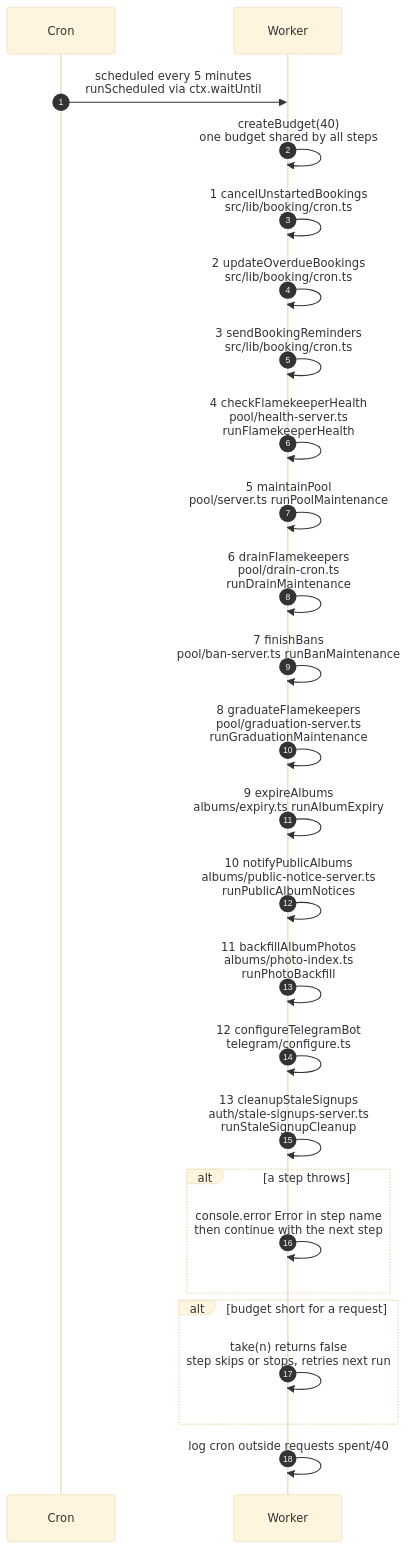
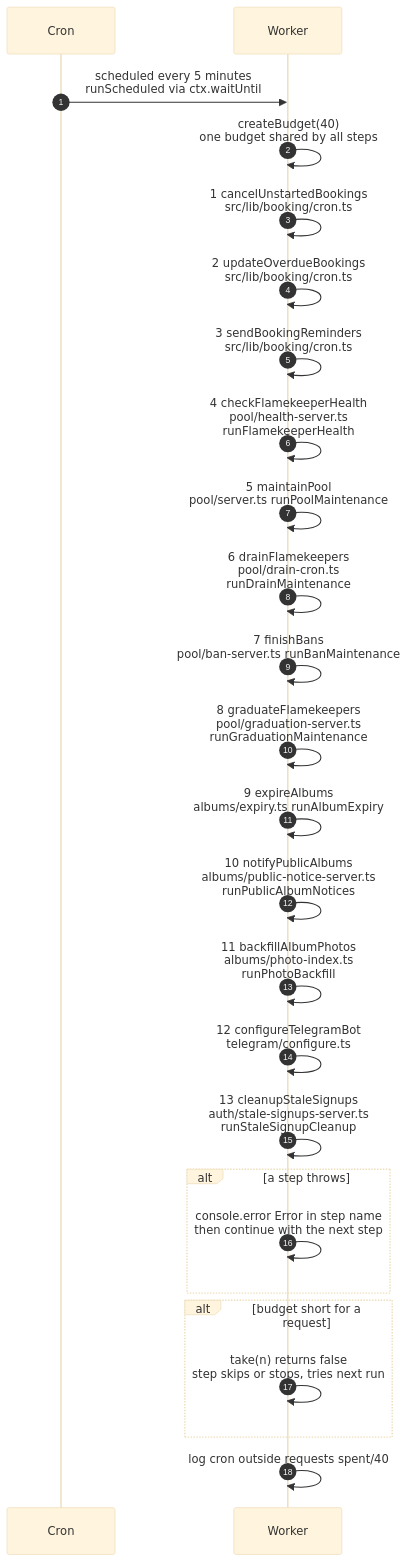
The diagram in docs/scenarios/cron/overview.md (sagyzdop/meriksirat), drawn with Mermaid (base theme) before and after one commit. The commit also changed other lines of this file and 3 other files, not shown here.

````diff
--- a/docs/scenarios/cron/overview.md
+++ b/docs/scenarios/cron/overview.md
@@ -16,28 +16,28 @@
 ```mermaid
 sequenceDiagram
     autonumber
     participant Cron as Cron
     participant Worker as Worker
     Cron->>Worker: scheduled every 5 minutes<br/>runScheduled via ctx.waitUntil
     Worker->>Worker: createBudget(40)<br/>one budget shared by all steps
     Worker->>Worker: 1 cancelUnstartedBookings<br/>src/lib/booking/cron.ts
     Worker->>Worker: 2 updateOverdueBookings<br/>src/lib/booking/cron.ts
     Worker->>Worker: 3 sendBookingReminders<br/>src/lib/booking/cron.ts
     Worker->>Worker: 4 checkFlamekeeperHealth<br/>pool/health-server.ts<br/>runFlamekeeperHealth
     Worker->>Worker: 5 maintainPool<br/>pool/server.ts runPoolMaintenance
     Worker->>Worker: 6 drainFlamekeepers<br/>pool/drain-cron.ts<br/>runDrainMaintenance
     Worker->>Worker: 7 finishBans<br/>pool/ban-server.ts runBanMaintenance
     Worker->>Worker: 8 graduateFlamekeepers<br/>pool/graduation-server.ts<br/>runGraduationMaintenance
     Worker->>Worker: 9 expireAlbums<br/>albums/expiry.ts runAlbumExpiry
     Worker->>Worker: 10 notifyPublicAlbums<br/>albums/public-notice-server.ts<br/>runPublicAlbumNotices
     Worker->>Worker: 11 backfillAlbumPhotos<br/>albums/photo-index.ts<br/>runPhotoBackfill
     Worker->>Worker: 12 configureTelegramBot<br/>telegram/configure.ts
     Worker->>Worker: 13 cleanupStaleSignups<br/>auth/stale-signups-server.ts<br/>runStaleSignupCleanup
     alt a step throws
         Worker->>Worker: console.error Error in step name<br/>then continue with the next step
     end
     alt budget short for a request
-        Worker->>Worker: take(n) returns false<br/>step skips or stops, retries next run
+        Worker->>Worker: take(n) returns false<br/>step skips or stops, tries next run
     end
     Worker->>Worker: log cron outside requests spent/40
 ```
````
